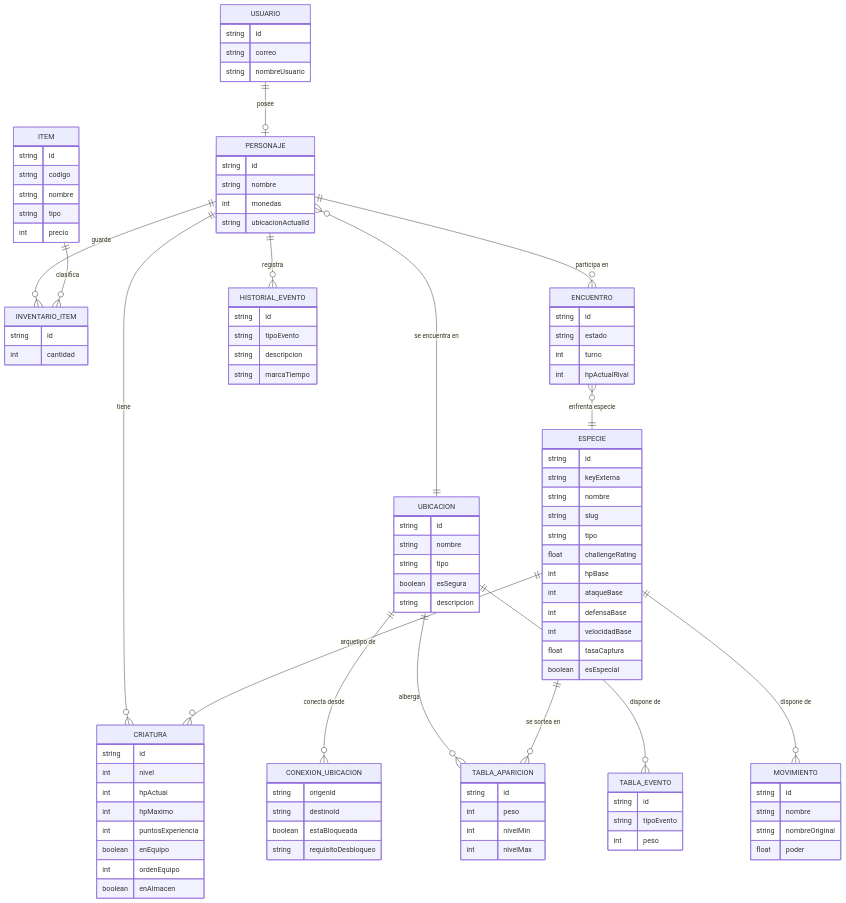
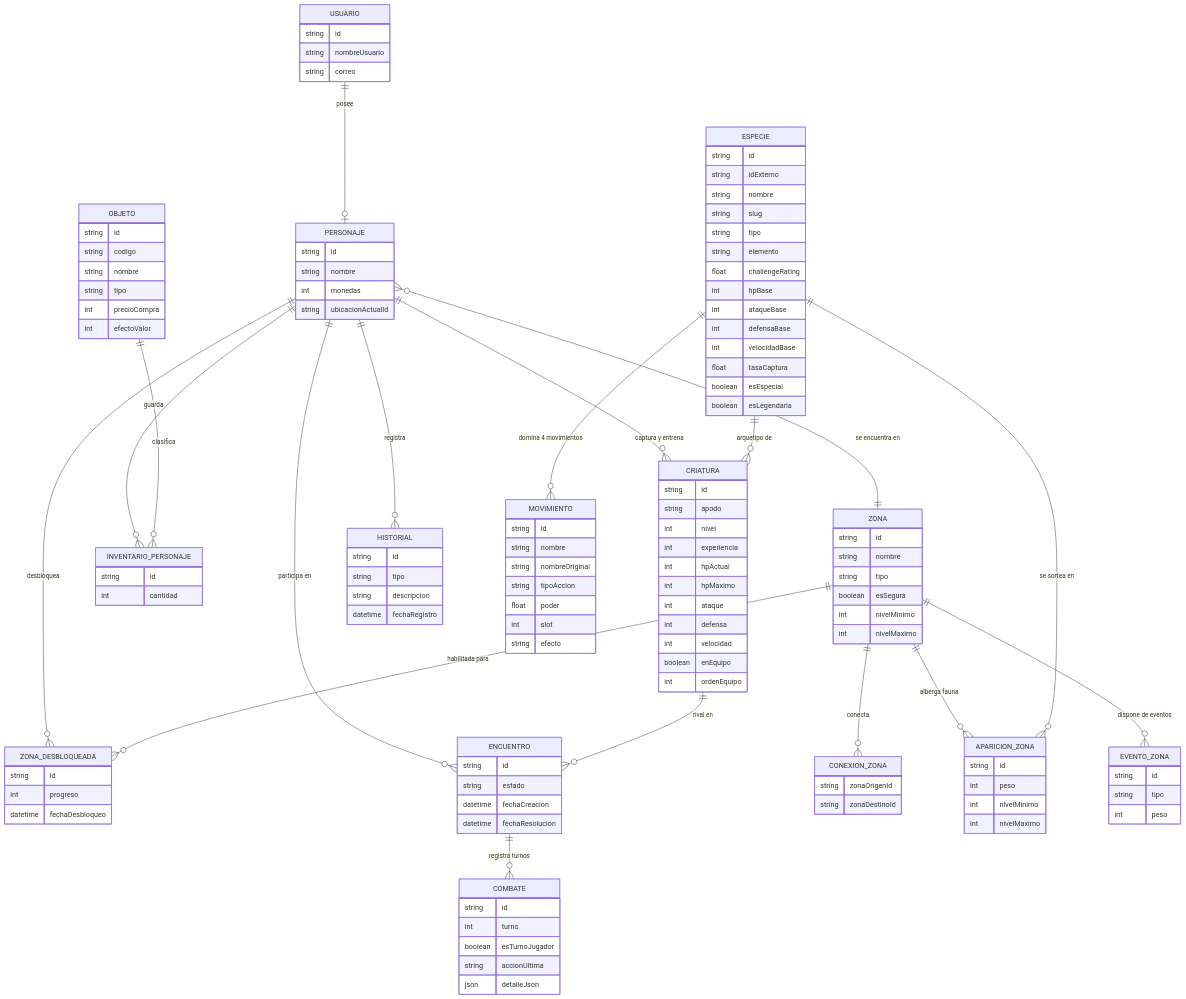
Before and after one commit to EduardoVal3/aethelgard: the diagram in docs/diagramas/modelo-conceptual.mmd, drawn with Mermaid. The commit also changed 5 other files, not shown here.

Commit message:
documentacion(mundo): sincroniza diseno del juego, diagramas ER/conceptual e informe 05

```diff
--- a/docs/diagramas/modelo-conceptual.mmd
+++ b/docs/diagramas/modelo-conceptual.mmd
@@ -1,107 +1,130 @@
 erDiagram
     USUARIO ||--o| PERSONAJE : "posee"
-    PERSONAJE ||--o{ CRIATURA : "tiene"
-    PERSONAJE ||--o{ INVENTARIO_ITEM : "guarda"
-    PERSONAJE }o--|| UBICACION : "se encuentra en"
+    PERSONAJE ||--o{ CRIATURA : "captura y entrena"
+    PERSONAJE ||--o{ INVENTARIO_PERSONAJE : "guarda"
+    PERSONAJE }o--|| ZONA : "se encuentra en"
+    PERSONAJE ||--o{ ZONA_DESBLOQUEADA : "desbloquea"
     PERSONAJE ||--o{ ENCUENTRO : "participa en"
-    PERSONAJE ||--o{ HISTORIAL_EVENTO : "registra"
-    
-    UBICACION ||--o{ CONEXION_UBICACION : "conecta desde"
-    UBICACION ||--o{ TABLA_APARICION : "alberga"
-    UBICACION ||--o{ TABLA_EVENTO : "dispone de"
+    PERSONAJE ||--o{ HISTORIAL : "registra"
 
-    ESPECIE ||--o{ MOVIMIENTO : "dispone de"
+    ZONA ||--o{ CONEXION_ZONA : "conecta"
+    ZONA ||--o{ APARICION_ZONA : "alberga fauna"
+    ZONA ||--o{ EVENTO_ZONA : "dispone de eventos"
+    ZONA ||--o{ ZONA_DESBLOQUEADA : "habilitada para"
+
+    ESPECIE ||--o{ MOVIMIENTO : "domina 4 movimientos"
     ESPECIE ||--o{ CRIATURA : "arquetipo de"
-    ESPECIE ||--o{ TABLA_APARICION : "se sortea en"
-    
-    ITEM ||--o{ INVENTARIO_ITEM : "clasifica"
-    ENCUENTRO }o--|| ESPECIE : "enfrenta especie"
+    ESPECIE ||--o{ APARICION_ZONA : "se sortea en"
+
+    OBJETO ||--o{ INVENTARIO_PERSONAJE : "clasifica"
+    CRIATURA ||--o{ ENCUENTRO : "rival en"
+    ENCUENTRO ||--o{ COMBATE : "registra turnos"
 
     USUARIO {
         string id
+        string nombreUsuario
         string correo
-        string nombreUsuario
     }
     PERSONAJE {
         string id
         string nombre
         int monedas
         string ubicacionActualId
     }
-    UBICACION {
+    ZONA {
         string id
         string nombre
         string tipo
         boolean esSegura
-        string descripcion
+        int nivelMinimo
+        int nivelMaximo
     }
-    CONEXION_UBICACION {
-        string origenId
-        string destinoId
-        boolean estaBloqueada
-        string requisitoDesbloqueo
+    CONEXION_ZONA {
+        string zonaOrigenId
+        string zonaDestinoId
+    }
+    ZONA_DESBLOQUEADA {
+        string id
+        int progreso
+        datetime fechaDesbloqueo
     }
     ESPECIE {
         string id
-        string keyExterna
+        string idExterno
         string nombre
         string slug
         string tipo
+        string elemento
         float challengeRating
         int hpBase
         int ataqueBase
         int defensaBase
         int velocidadBase
         float tasaCaptura
         boolean esEspecial
+        boolean esLegendaria
     }
     MOVIMIENTO {
         string id
         string nombre
         string nombreOriginal
+        string tipoAccion
         float poder
+        int slot
+        string efecto
     }
     CRIATURA {
         string id
+        string apodo
         int nivel
+        int experiencia
         int hpActual
         int hpMaximo
-        int puntosExperiencia
+        int ataque
+        int defensa
+        int velocidad
         boolean enEquipo
         int ordenEquipo
-        boolean enAlmacen
     }
-    ITEM {
+    OBJETO {
         string id
         string codigo
         string nombre
         string tipo
-        int precio
+        int precioCompra
+        int efectoValor
     }
-    INVENTARIO_ITEM {
+    INVENTARIO_PERSONAJE {
         string id
         int cantidad
     }
     ENCUENTRO {
         string id
         string estado
+        datetime fechaCreacion
+        datetime fechaResolucion
+    }
+    COMBATE {
+        string id
         int turno
-        int hpActualRival
+        boolean esTurnoJugador
+        string accionUltima
+        json detalleJson
     }
-    TABLA_APARICION {
+    APARICION_ZONA {
         string id
         int peso
-        int nivelMin
-        int nivelMax
+        int nivelMinimo
+        int nivelMaximo
     }
-    TABLA_EVENTO {
+    EVENTO_ZONA {
         string id
-        string tipoEvento
+        string tipo
         int peso
     }
-    HISTORIAL_EVENTO {
+    HISTORIAL {
         string id
-        string tipoEvento
+        string tipo
         string descripcion
-        string marcaTiempo
+        datetime fechaRegistro
     }
```
